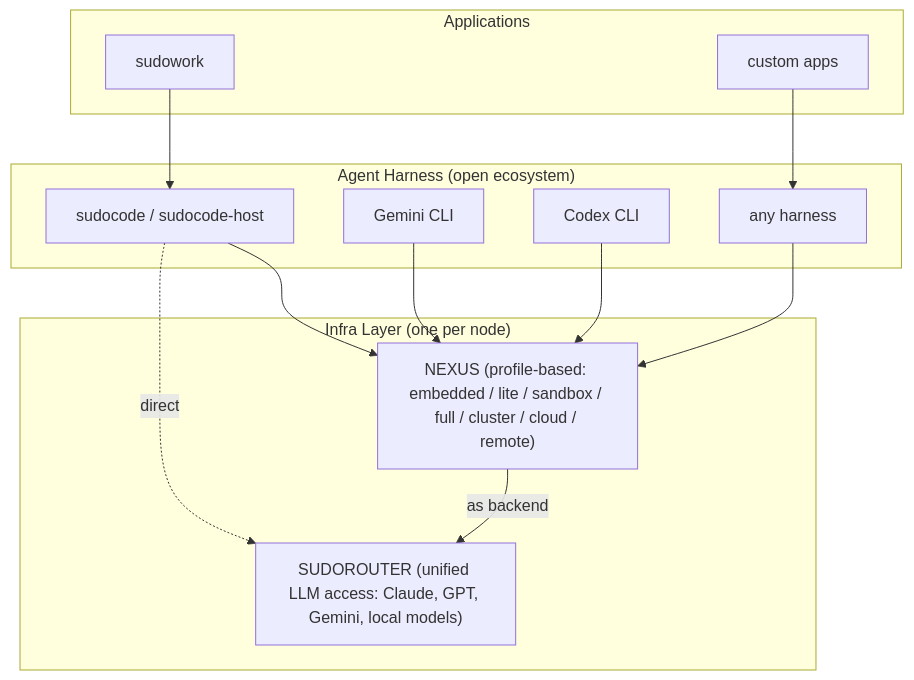
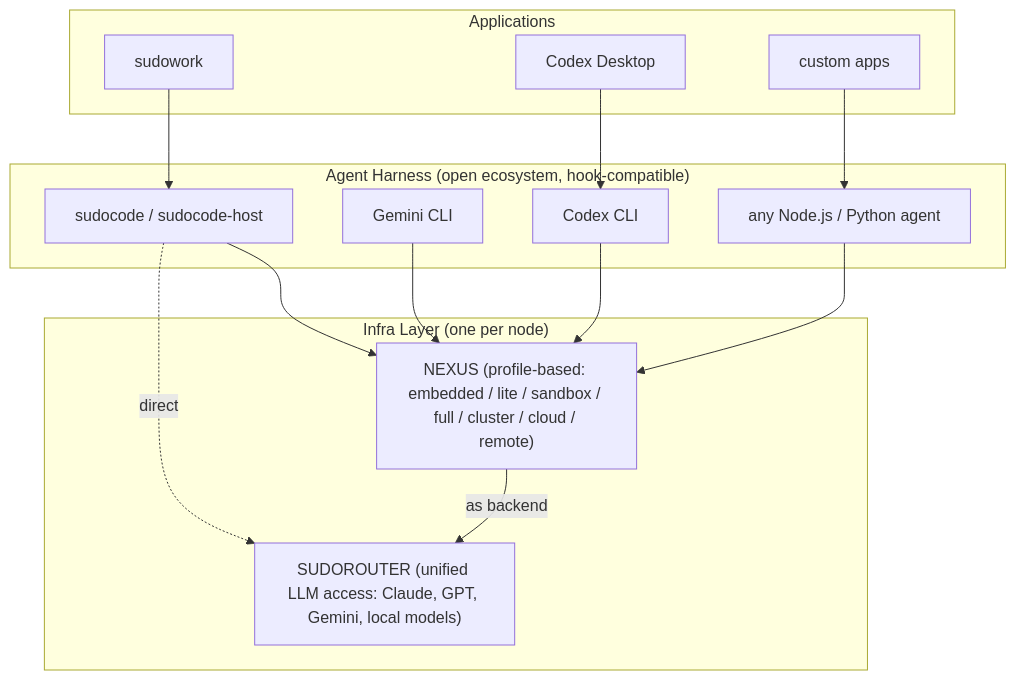
Before and after one commit to nexi-lab/nexus: the first of 2 diagrams in README.md, drawn with Mermaid. The commit also changed other lines of this file, not shown here.

Commit message:
docs(readme): add Codex Desktop + hook-based transparent I/O interception
Add Codex Desktop to Applications layer. Update Agent Harness label
to "hook-compatible" — Nexus FileInterceptor (Node.js fs proxy /
Python open patch) transparently routes any agent's file I/O through
Nexus syscalls without agent code changes.

````diff
--- a/README.md
+++ b/README.md
@@ -68,28 +68,30 @@
 ```mermaid
 graph TD
     subgraph Applications
         SW[sudowork]
+        CD[Codex Desktop]
         CA[custom apps]
     end
 
-    subgraph Agent_Harness ["Agent Harness (open ecosystem)"]
+    subgraph Agent_Harness ["Agent Harness (open ecosystem, hook-compatible)"]
         SC[sudocode / sudocode-host]
         GC[Gemini CLI]
         CX[Codex CLI]
-        AH[any harness]
+        AH[any Node.js / Python agent]
     end
 
     subgraph Infra ["Infra Layer (one per node)"]
         NX["NEXUS (profile-based: embedded / lite / sandbox / full / cluster / cloud / remote)"]
         SR["SUDOROUTER (unified LLM access: Claude, GPT, Gemini, local models)"]
     end
 
     SW --> SC
+    CD --> CX
     CA --> AH
     SC --> NX
     GC --> NX
     CX --> NX
     AH --> NX
     SC -.->|direct| SR
     NX -->|as backend| SR
 ```
````
